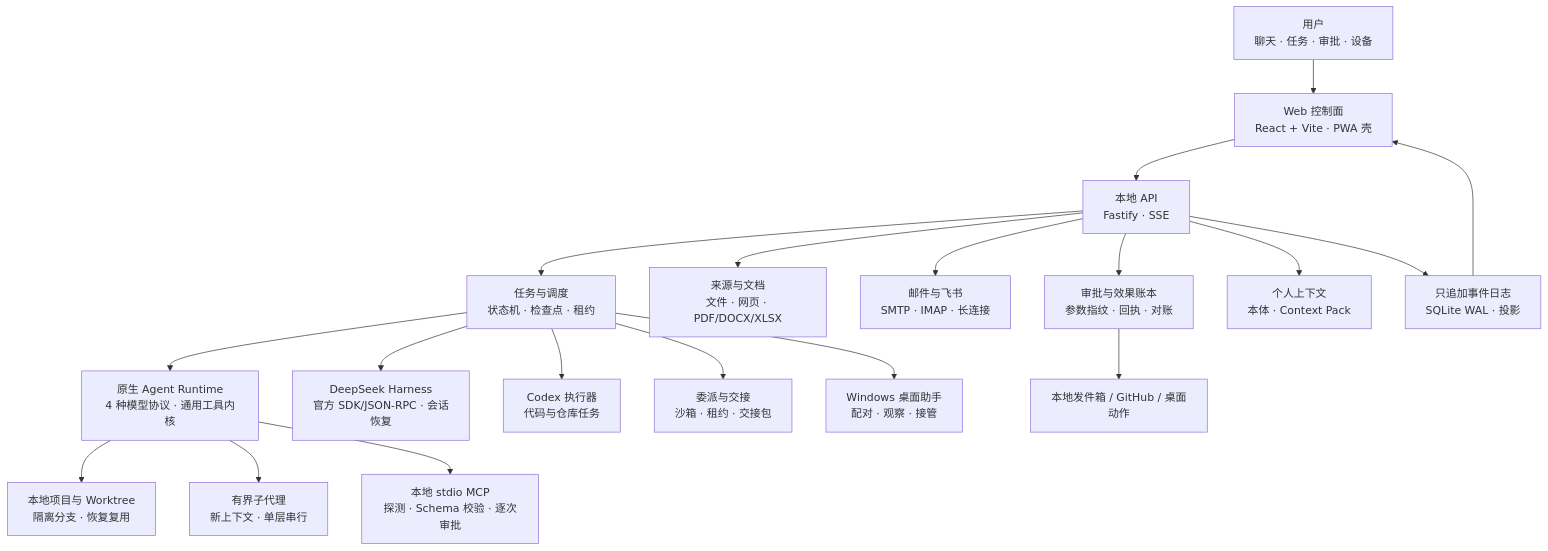
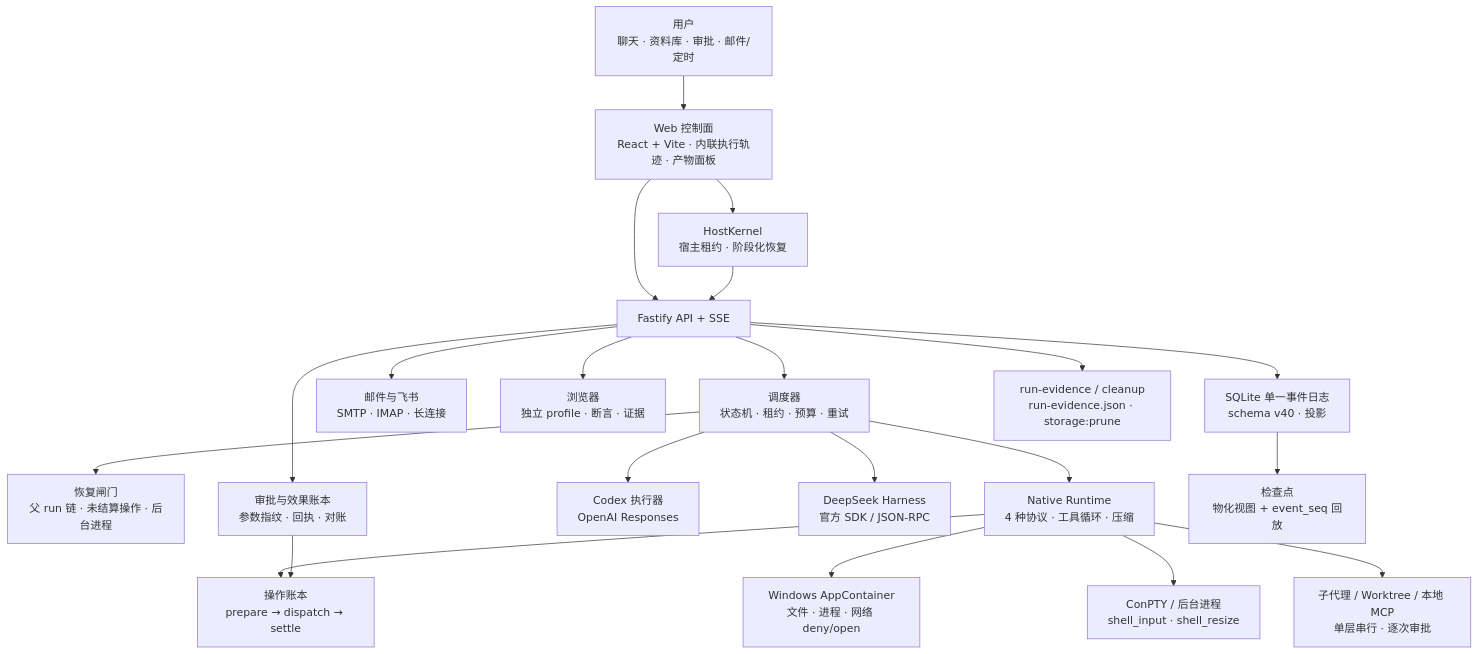
Before and after one commit to hearthproject/hearth-os: the diagram in README.md, drawn with Mermaid. The commit also changed other lines of this file and 52 other files, not shown here.

````diff
--- a/README.md
+++ b/README.md
@@ -166,21 +155,23 @@
 ```mermaid
 flowchart TB
-  U["用户<br/>聊天 · 任务 · 审批 · 设备"] --> W["Web 控制面<br/>React + Vite · PWA 壳"]
-  W --> A["本地 API<br/>Fastify · SSE"]
-  A --> S["任务与调度<br/>状态机 · 检查点 · 租约"]
-  S --> N["原生 Agent Runtime<br/>4 种模型协议 · 通用工具内核"]
-  N --> PJ["本地项目与 Worktree<br/>隔离分支 · 恢复复用"]
-  N --> SA["有界子代理<br/>新上下文 · 单层串行"]
-  N --> MCP["本地 stdio MCP<br/>探测 · Schema 校验 · 逐次审批"]
-  S --> H["DeepSeek Harness<br/>官方 SDK/JSON-RPC · 会话恢复"]
-  S --> C["Codex 执行器<br/>代码与仓库任务"]
-  S --> DG["委派与交接<br/>沙箱 · 租约 · 交接包"]
-  S --> D["Windows 桌面助手<br/>配对 · 观察 · 接管"]
-  A --> F["来源与文档<br/>文件 · 网页 · PDF/DOCX/XLSX"]
+  U["用户<br/>聊天 · 资料库 · 审批 · 邮件/定时"] --> W["Web 控制面<br/>React + Vite · 内联执行轨迹 · 产物面板"]
+  W --> A["Fastify API + SSE"]
+  W --> H["HostKernel<br/>宿主租约 · 阶段化恢复"]
+  H --> A
+  A --> S["调度器<br/>状态机 · 租约 · 预算 · 重试"]
+  S --> R["恢复闸门<br/>父 run 链 · 未结算操作 · 后台进程"]
+  S --> N["Native Runtime<br/>4 种协议 · 工具循环 · 压缩"]
+  N --> O["操作账本<br/>prepare → dispatch → settle"]
+  N --> SB["Windows AppContainer<br/>文件 · 进程 · 网络 deny/open"]
+  N --> PT["ConPTY / 后台进程<br/>shell_input · shell_resize"]
+  N --> DG["子代理 / Worktree / 本地 MCP<br/>单层串行 · 逐次审批"]
+  S --> C["Codex 执行器<br/>OpenAI Responses"]
+  S --> DS["DeepSeek Harness<br/>官方 SDK / JSON-RPC"]
+  A --> P["审批与效果账本<br/>参数指纹 · 回执 · 对账"]
   A --> M["邮件与飞书<br/>SMTP · IMAP · 长连接"]
-  A --> P["审批与效果账本<br/>参数指纹 · 回执 · 对账"]
-  A --> K["个人上下文<br/>本体 · Context Pack"]
-  A --> E["只追加事件日志<br/>SQLite WAL · 投影"]
-  P --> O["本地发件箱 / GitHub / 桌面动作"]
-  E --> W
+  A --> BR["浏览器<br/>独立 profile · 断言 · 证据"]
+  A --> E["SQLite 单一事件日志<br/>schema v40 · 投影"]
+  E --> CK["检查点<br/>物化视图 + event_seq 回放"]
+  A --> X["run-evidence / cleanup<br/>run-evidence.json · storage:prune"]
+  P --> O
 ```
````
